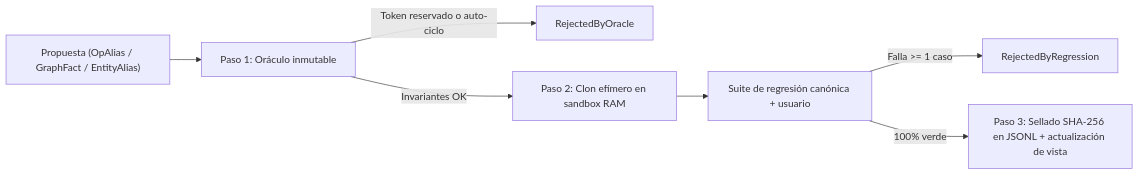
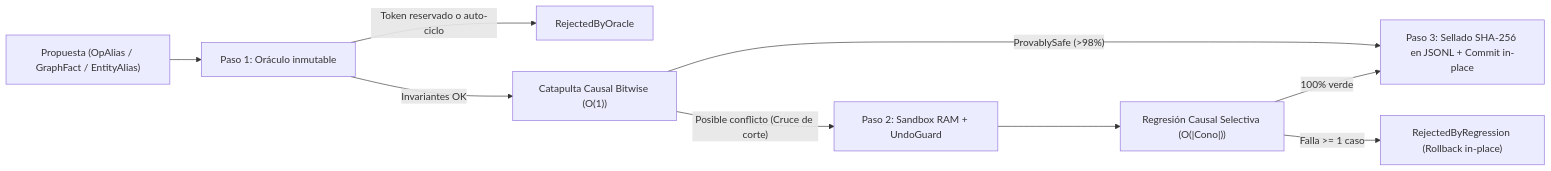
Before and after one commit to dev-nikolas/RELIC: the second of 2 diagrams in README.md, drawn with Mermaid. The commit also changed other lines of this file and 32 other files, not shown here.

````diff
--- a/README.md
+++ b/README.md
@@ -81,9 +83,11 @@
 ```mermaid
 flowchart LR
     P["Propuesta (OpAlias / GraphFact / EntityAlias)"] --> OR["Paso 1: Oráculo inmutable"]
     OR -->|"Token reservado o auto-ciclo"| REJ1["RejectedByOracle"]
-    OR -->|"Invariantes OK"| SB["Paso 2: Clon efímero en sandbox RAM"]
-    SB --> REG["Suite de regresión canónica + usuario"]
-    REG -->|"Falla >= 1 caso"| REJ2["RejectedByRegression"]
-    REG -->|"100% verde"| COM["Paso 3: Sellado SHA-256 en JSONL + actualización de vista"]
+    OR -->|"Invariantes OK"| CAT["Catapulta Causal Bitwise (O(1))"]
+    CAT -->|"ProvablySafe (>98%)"| COM["Paso 3: Sellado SHA-256 en JSONL + Commit in-place"]
+    CAT -->|"Posible conflicto (Cruce de corte)"| SB["Paso 2: Sandbox RAM + UndoGuard"]
+    SB --> REG["Regresión Causal Selectiva (O(|Cono|))"]
+    REG -->|"Falla >= 1 caso"| REJ2["RejectedByRegression (Rollback in-place)"]
+    REG -->|"100% verde"| COM
 ```
````
